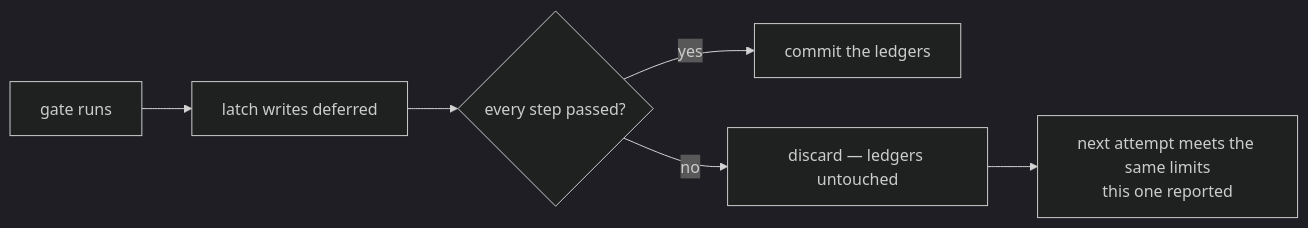
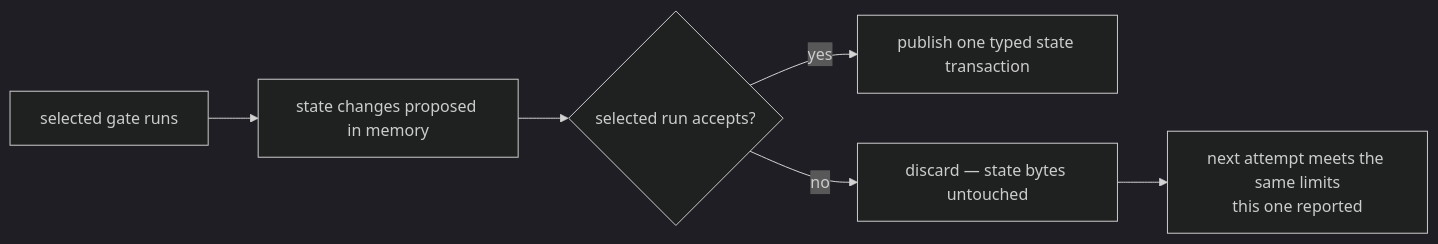
One commit to infimalabs/spice-rust changed the fourth of 14 diagrams in docs/product/checks.md. Above: the diagram before and after it, drawn with Mermaid (dark theme). The commit also changed other lines of this file and 71 other files, not shown here.

````diff
--- a/docs/product/checks.md
+++ b/docs/product/checks.md
@@ -82,8 +112,8 @@
 ```mermaid
 flowchart LR
-  G["gate runs"] --> D["latch writes deferred"]
-  D --> V{"every step passed?"}
-  V -- yes --> C["commit the ledgers"]
-  V -- no --> X["discard — ledgers untouched"]
+  G["selected gate runs"] --> D["state changes proposed in memory"]
+  D --> V{"selected run accepts?"}
+  V -- yes --> C["publish one typed state transaction"]
+  V -- no --> X["discard — state bytes untouched"]
   X --> N["next attempt meets the same limits<br/>this one reported"]
 ```
````
